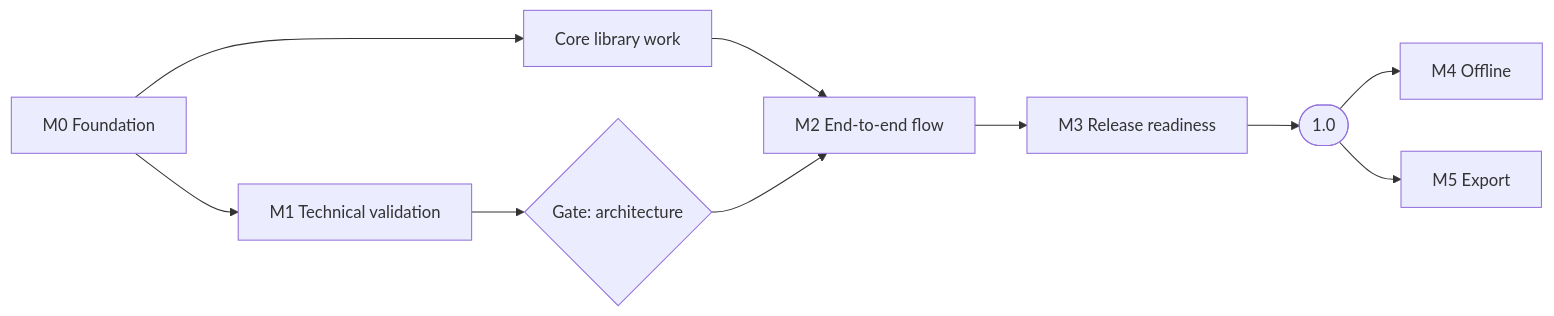
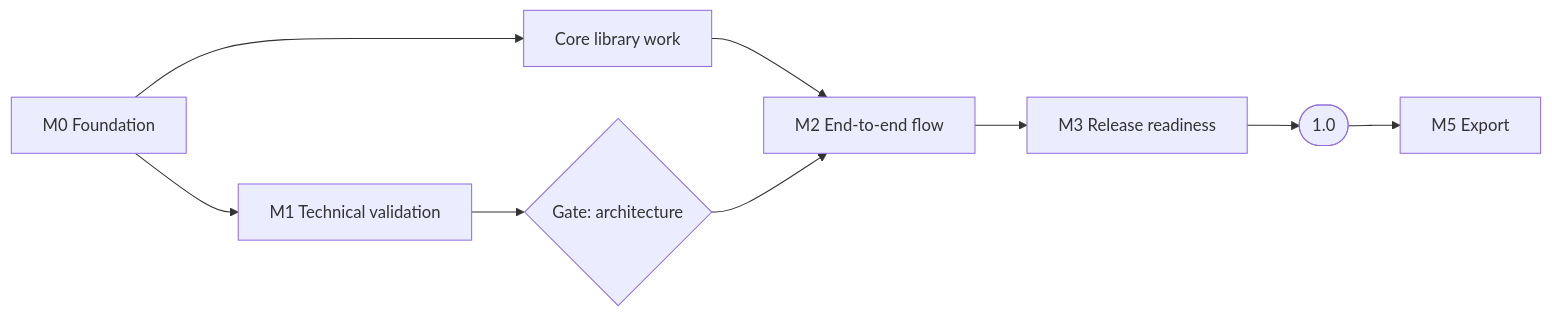
Before and after one commit to JimmyCodeWork/TripReplay: the diagram in docs/roadmap.md, drawn with Mermaid. The commit also changed other lines of this file and 28 other files, not shown here.

````diff
--- a/docs/roadmap.md
+++ b/docs/roadmap.md
@@ -15,12 +15,11 @@
 ```mermaid
 flowchart LR
     M0[M0 Foundation] --> M1[M1 Technical validation]
     M0 --> Core[Core library work]
     Core --> M2
     M1 --> G1{Gate: architecture}
     G1 --> M2[M2 End-to-end flow]
     M2 --> M3[M3 Release readiness]
     M3 --> R1([1.0])
-    R1 --> M4[M4 Offline]
     R1 --> M5[M5 Export]
 ```
````
